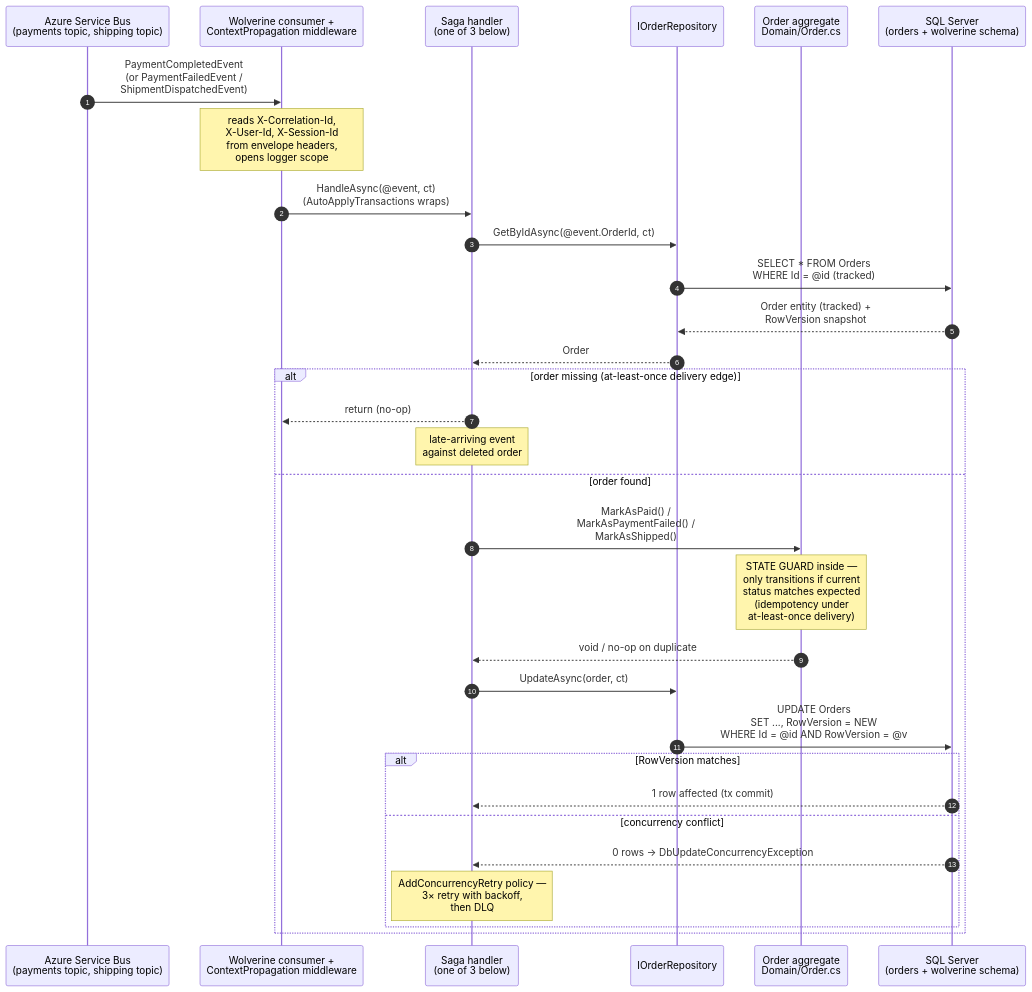
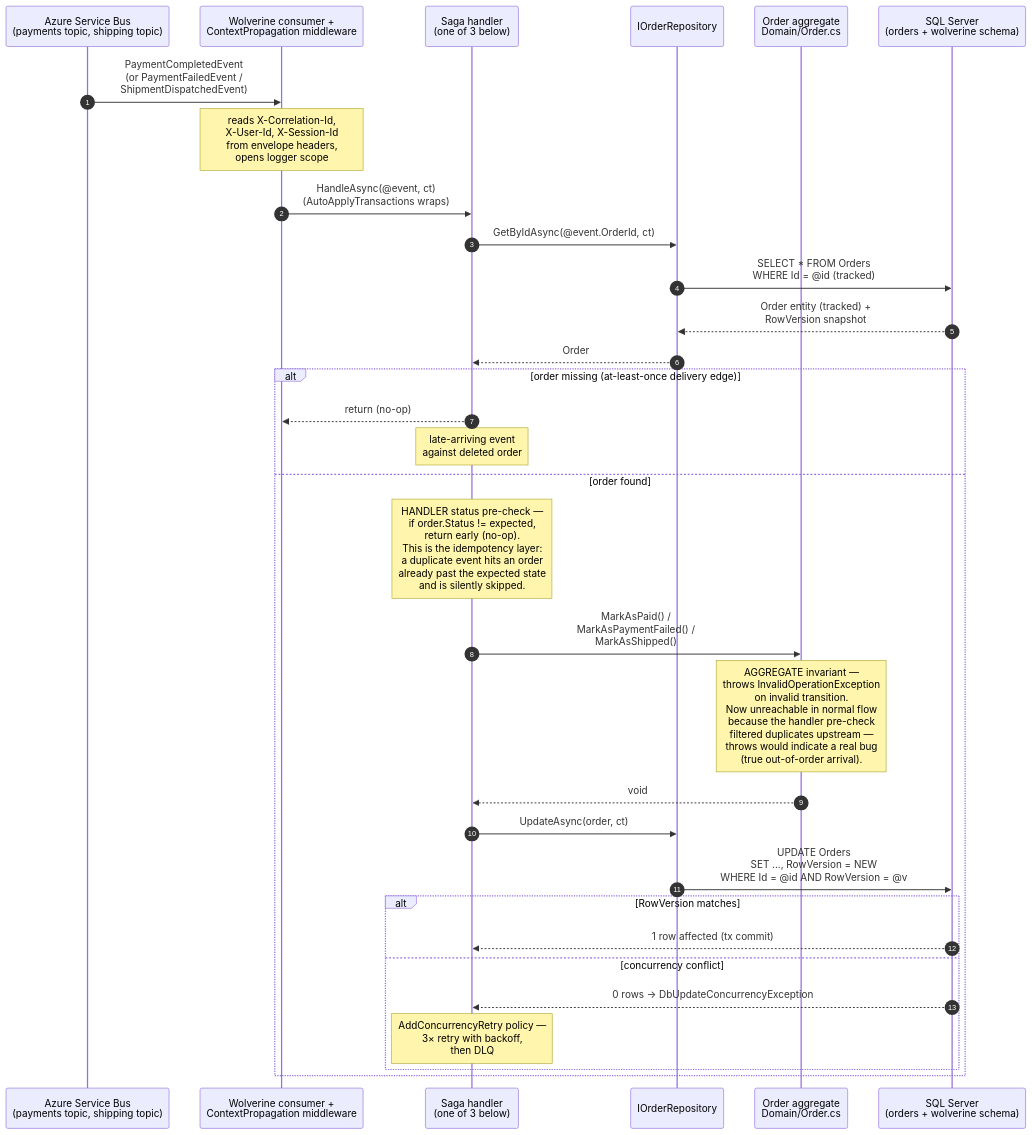
One commit to emeraldleaf/NextAurora changed the second of 4 diagrams in docs/code-flows/orderservice.md. Above: the diagram before and after it, drawn with Mermaid. The commit also changed other lines of this file and 2 other files, not shown here.

````diff
--- a/docs/code-flows/orderservice.md
+++ b/docs/code-flows/orderservice.md
@@ -89,37 +89,38 @@
 ```mermaid
 sequenceDiagram
     autonumber
     participant ASB as Azure Service Bus<br/>(payments topic, shipping topic)
     participant W as Wolverine consumer +<br/>ContextPropagation middleware
     participant H as Saga handler<br/>(one of 3 below)
     participant Repo as IOrderRepository
     participant Agg as Order aggregate<br/>Domain/Order.cs
     participant DB as SQL Server<br/>(orders + wolverine schema)
 
     ASB->>W: PaymentCompletedEvent<br/>(or PaymentFailedEvent /<br/> ShipmentDispatchedEvent)
     Note over W: reads X-Correlation-Id,<br/>X-User-Id, X-Session-Id<br/>from envelope headers,<br/>opens logger scope
     W->>H: HandleAsync(@event, ct)<br/>(AutoApplyTransactions wraps)
 
     H->>Repo: GetByIdAsync(@event.OrderId, ct)
     Repo->>DB: SELECT * FROM Orders<br/>WHERE Id = @id (tracked)
     DB-->>Repo: Order entity (tracked) +<br/>RowVersion snapshot
     Repo-->>H: Order
 
     alt order missing (at-least-once delivery edge)
         H-->>W: return (no-op)
         Note over H: late-arriving event<br/>against deleted order
     else order found
+        Note over H: HANDLER status pre-check —<br/>if order.Status != expected,<br/>return early (no-op).<br/>This is the idempotency layer:<br/>a duplicate event hits an order<br/>already past the expected state<br/>and is silently skipped.
         H->>Agg: MarkAsPaid() /<br/>MarkAsPaymentFailed() /<br/>MarkAsShipped()
-        Note over Agg: STATE GUARD inside —<br/>only transitions if current<br/>status matches expected<br/>(idempotency under<br/>at-least-once delivery)
-        Agg-->>H: void / no-op on duplicate
+        Note over Agg: AGGREGATE invariant —<br/>throws InvalidOperationException<br/>on invalid transition.<br/>Now unreachable in normal flow<br/>because the handler pre-check<br/>filtered duplicates upstream —<br/>throws would indicate a real bug<br/>(true out-of-order arrival).
+        Agg-->>H: void
 
         H->>Repo: UpdateAsync(order, ct)
         Repo->>DB: UPDATE Orders<br/>SET ..., RowVersion = NEW<br/>WHERE Id = @id AND RowVersion = @v
         alt RowVersion matches
             DB-->>H: 1 row affected (tx commit)
         else concurrency conflict
             DB-->>H: 0 rows → DbUpdateConcurrencyException
             Note over H: AddConcurrencyRetry policy —<br/>3× retry with backoff,<br/>then DLQ
         end
     end
 ```
````
